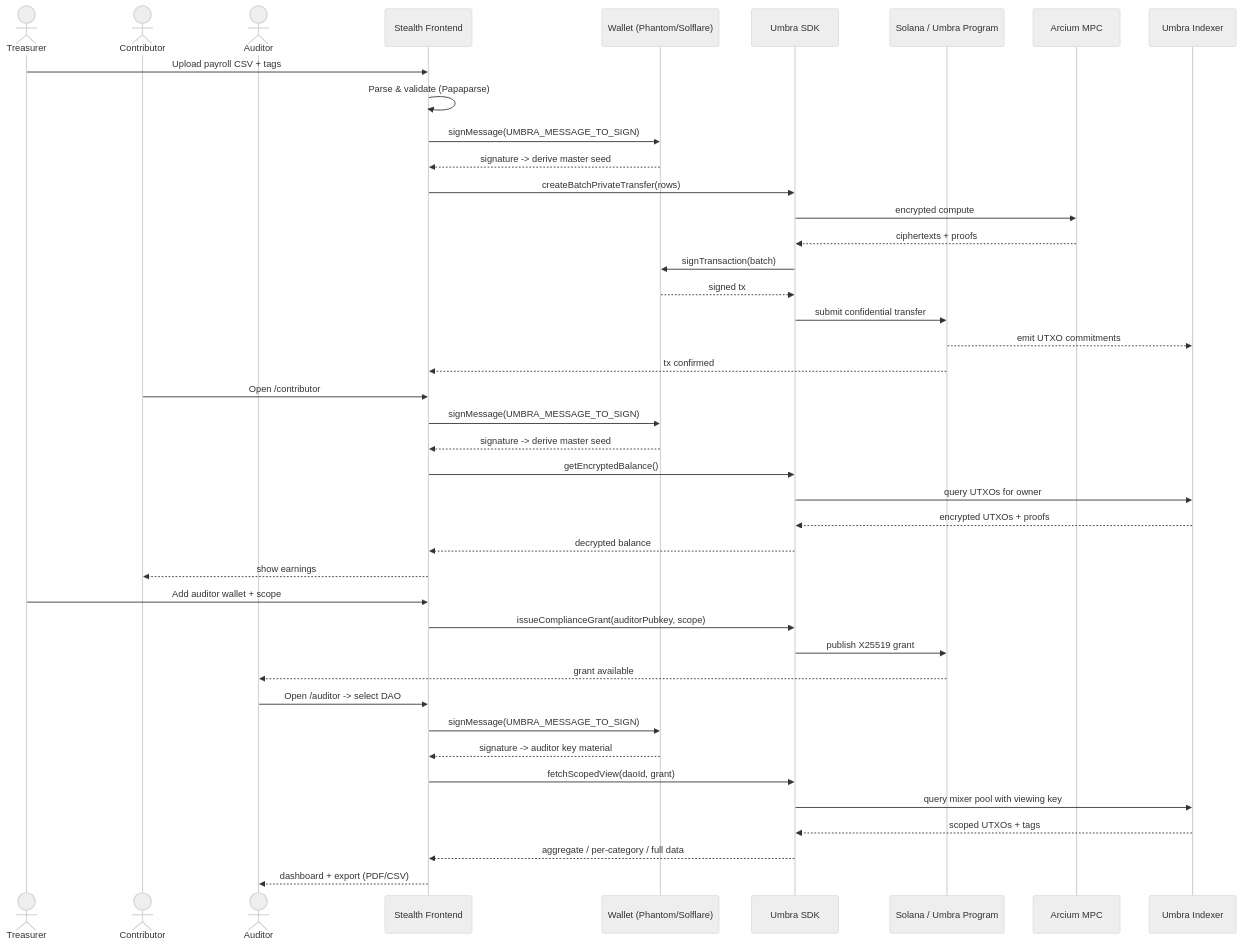
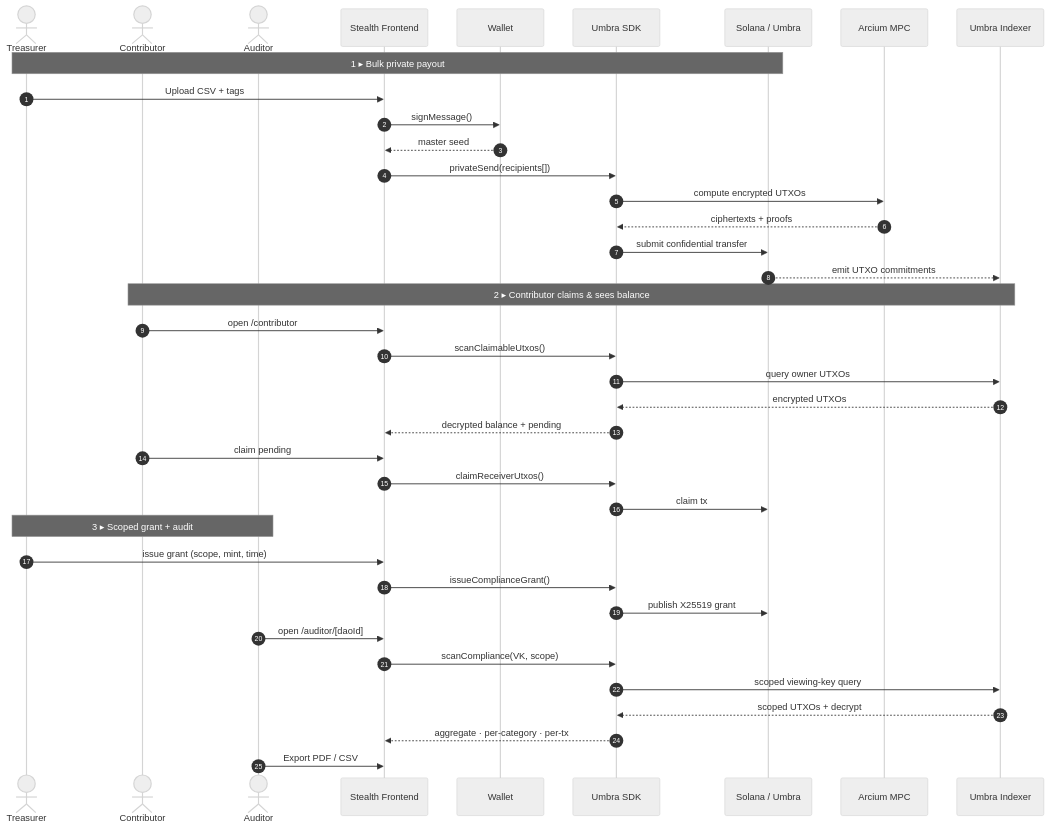
One commit to Stefaron/Stealth-Frontier-Hackathon changed the fourth of 6 diagrams in README.md. Above: the diagram before and after it, drawn with Mermaid (neutral theme). The commit also changed other lines of this file, not shown here.

First line of the commit message:
docs: rewrite README with diagrams, badges & polished structure

````diff
--- a/README.md
+++ b/README.md
@@ -239,52 +240,44 @@
 ```mermaid
 sequenceDiagram
-    actor Treasurer
-    actor Contributor
-    actor Auditor
+    autonumber
+    actor T as Treasurer
+    actor C as Contributor
+    actor A as Auditor
     participant FE as Stealth Frontend
-    participant Wallet as Wallet (Phantom/Solflare)
+    participant W as Wallet
     participant SDK as Umbra SDK
-    participant Solana as Solana / Umbra Program
+    participant Sol as Solana / Umbra
     participant MPC as Arcium MPC
-    participant Indexer as Umbra Indexer
+    participant Idx as Umbra Indexer
 
-    %% --- Treasurer: bulk private payroll ---
-    Treasurer->>FE: Upload payroll CSV + tags
-    FE->>FE: Parse & validate (Papaparse)
-    FE->>Wallet: signMessage(UMBRA_MESSAGE_TO_SIGN)
-    Wallet-->>FE: signature -> derive master seed
-    FE->>SDK: createBatchPrivateTransfer(rows)
-    SDK->>MPC: encrypted compute
+    Note over T,Sol: 1 ▸ Bulk private payout
+    T->>FE: Upload CSV + tags
+    FE->>W: signMessage()
+    W-->>FE: master seed
+    FE->>SDK: privateSend(recipients[])
+    SDK->>MPC: compute encrypted UTXOs
     MPC-->>SDK: ciphertexts + proofs
-    SDK->>Wallet: signTransaction(batch)
-    Wallet-->>SDK: signed tx
-    SDK->>Solana: submit confidential transfer
-    Solana-->>Indexer: emit UTXO commitments
-    Solana-->>FE: tx confirmed
+    SDK->>Sol: submit confidential transfer
+    Sol-->>Idx: emit UTXO commitments
 
-    %% --- Contributor: encrypted balance ---
-    Contributor->>FE: Open /contributor
-    FE->>Wallet: signMessage(UMBRA_MESSAGE_TO_SIGN)
-    Wallet-->>FE: signature -> derive master seed
-    FE->>SDK: getEncryptedBalance()
-    SDK->>Indexer: query UTXOs for owner
-    Indexer-->>SDK: encrypted UTXOs + proofs
-    SDK-->>FE: decrypted balance
-    FE-->>Contributor: show earnings
+    Note over C,Idx: 2 ▸ Contributor claims & sees balance
+    C->>FE: open /contributor
+    FE->>SDK: scanClaimableUtxos()
+    SDK->>Idx: query owner UTXOs
+    Idx-->>SDK: encrypted UTXOs
+    SDK-->>FE: decrypted balance + pending
+    C->>FE: claim pending
+    FE->>SDK: claimReceiverUtxos()
+    SDK->>Sol: claim tx
 
-    %% --- Treasurer grants auditor access ---
-    Treasurer->>FE: Add auditor wallet + scope
-    FE->>SDK: issueComplianceGrant(auditorPubkey, scope)
-    SDK->>Solana: publish X25519 grant
-    Solana-->>Auditor: grant available
-
-    %% --- Auditor: scoped audit report ---
-    Auditor->>FE: Open /auditor -> select DAO
-    FE->>Wallet: signMessage(UMBRA_MESSAGE_TO_SIGN)
-    Wallet-->>FE: signature -> auditor key material
-    FE->>SDK: fetchScopedView(daoId, grant)
-    SDK->>Indexer: query mixer pool with viewing key
-    Indexer-->>SDK: scoped UTXOs + tags
-    SDK-->>FE: aggregate / per-category / full data
-    FE-->>Auditor: dashboard + export (PDF/CSV)
+    Note over T,A: 3 ▸ Scoped grant + audit
+    T->>FE: issue grant (scope, mint, time)
+    FE->>SDK: issueComplianceGrant()
+    SDK->>Sol: publish X25519 grant
+    A->>FE: open /auditor/[daoId]
+    FE->>SDK: scanCompliance(VK, scope)
+    SDK->>Idx: scoped viewing-key query
+    Idx-->>SDK: scoped UTXOs + decrypt
+    SDK-->>FE: aggregate · per-category · per-tx
+    A->>FE: Export PDF / CSV
 ```
````
